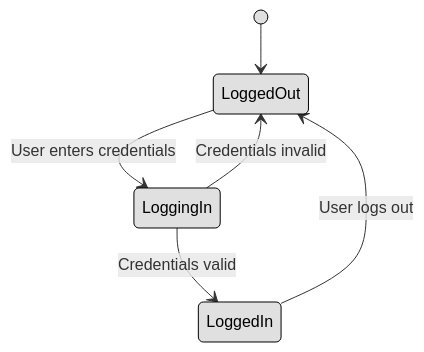
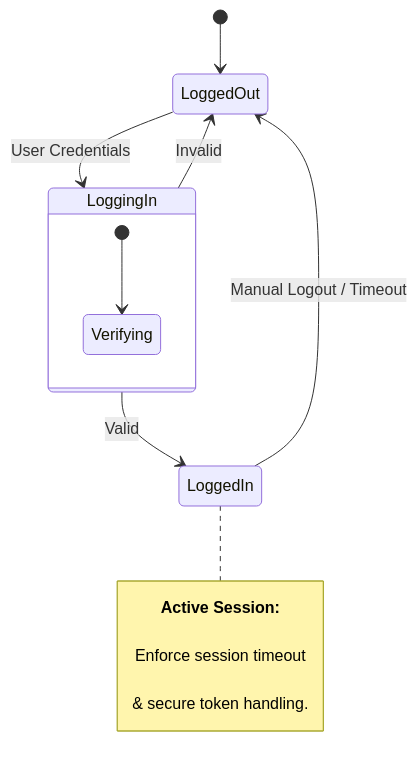
Before and after one commit to lorenzoleonelli/CISSP-Zero-to-Hero: the fifth of 15 diagrams in DOMAIN3: Security Architecture and Engineering/3.02 Understand the fundamental concepts of security models (e.g. Biba, Star Model, Bell Lapadula).md, drawn with Mermaid. The commit also changed other lines of this file, not shown here.

````diff
--- a/DOMAIN3: Security Architecture and Engineering/3.02 Understand the fundamental concepts of security models (e.g. Biba, Star Model, Bell Lapadula).md
+++ b/DOMAIN3: Security Architecture and Engineering/3.02 Understand the fundamental concepts of security models (e.g. Biba, Star Model, Bell Lapadula).md
@@ -107,11 +121,20 @@
 ```mermaid
 stateDiagram-v2
     [*] --> LoggedOut
-    LoggedOut --> LoggingIn: User enters credentials
-    LoggingIn --> LoggedIn: Credentials valid
-    LoggingIn --> LoggedOut: Credentials invalid
-    LoggedIn --> LoggedOut: User logs out
+    
+    LoggedOut --> LoggingIn : User Credentials
+    
+    state LoggingIn {
+        [*] --> Verifying
+    }
 
-    classDef center fill:#ffffff,color:#000000,stroke:#000000,stroke-width:1px,font-weight:bold
-    classDef node fill:#e0e0e0,color:#000000,stroke:#000000,stroke-width:1px
+    LoggingIn --> LoggedIn : Valid
+    LoggingIn --> LoggedOut : Invalid
+    LoggedIn --> LoggedOut : Manual Logout / Timeout
+
+    note right of LoggedIn
+        <b>Active Session:</b>
+        <br/>Enforce session timeout
+        <br/>& secure token handling.
+    end note
 ```
````
